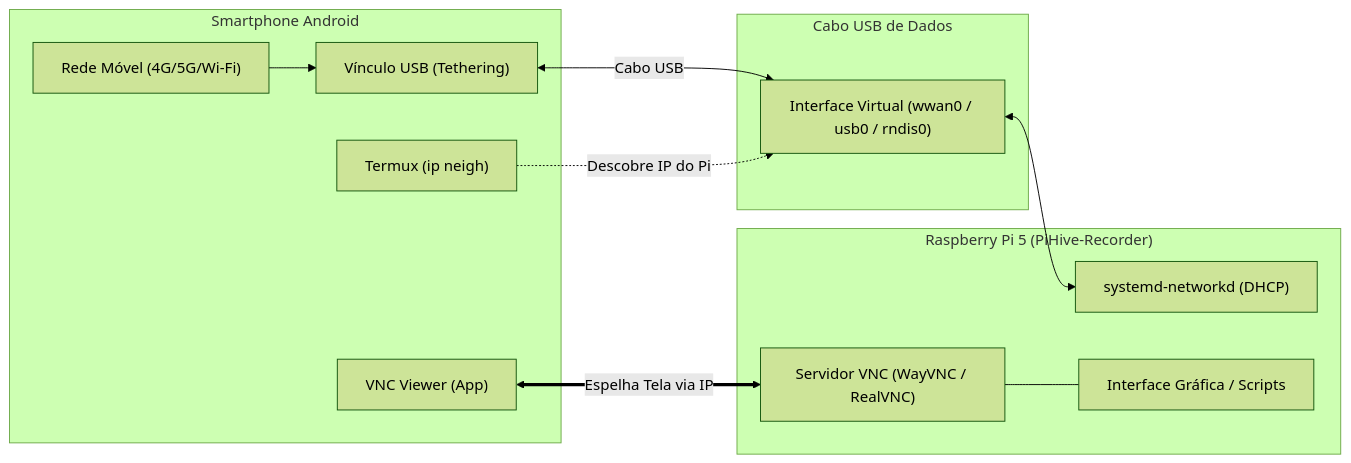
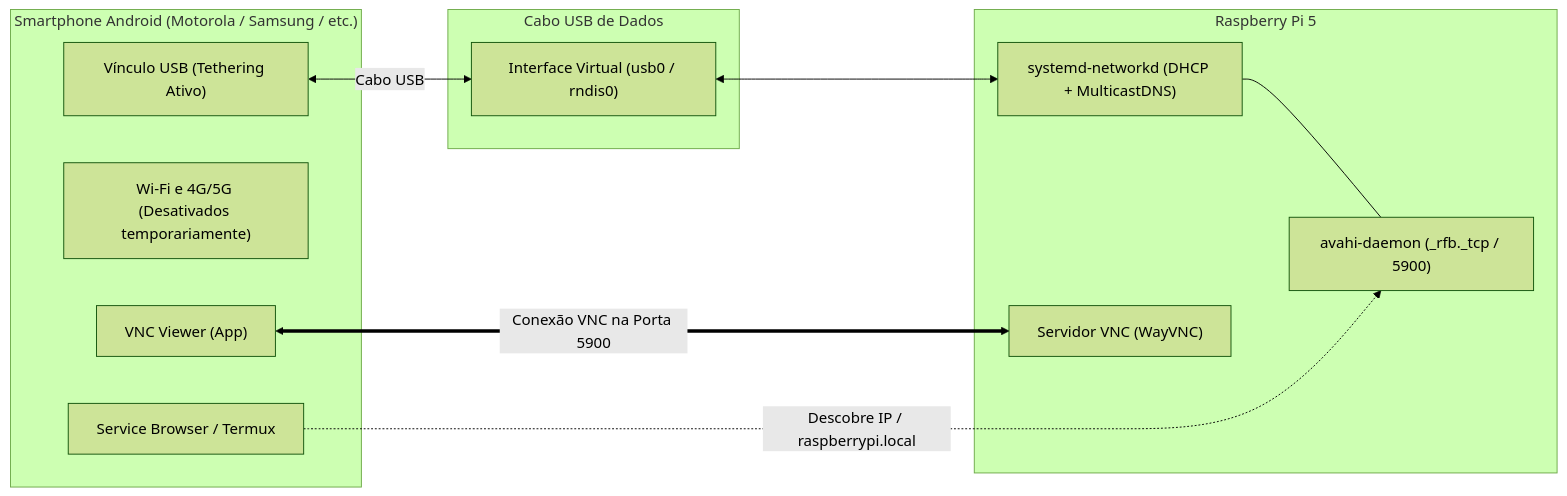
Before and after one commit to MarcosVeniciu/PiHive-Recorder: the diagram in tethering/README.md, drawn with Mermaid (forest theme). The commit also changed other lines of this file and 12 other files, not shown here.

Commit message:
docs: adiciona guia ilustrado de USB tethering e atualiza automacao de rede

````diff
--- a/tethering/README.md
+++ b/tethering/README.md
@@ -11,26 +13,25 @@
 ```mermaid
 flowchart LR
-    subgraph Celular["Smartphone Android"]
-        NET["Rede Móvel (4G/5G/Wi-Fi)"]
-        TETH["Vínculo USB (Tethering)"]
-        TERMUX["Termux (ip neigh)"]
+    subgraph Celular["Smartphone Android (Motorola / Samsung / etc.)"]
+        TETH["Vínculo USB (Tethering Ativo)"]
+        CONF["Wi-Fi e 4G/5G (Desativados temporariamente)"]
+        APPS["Service Browser / Termux"]
         VNC_APP["VNC Viewer (App)"]
     end
 
     subgraph Cabo["Cabo USB de Dados"]
-        USB_LINE["Interface Virtual (wwan0 / usb0 / rndis0)"]
+        USB_LINE["Interface Virtual (usb0 / rndis0)"]
     end
 
-    subgraph RPi["Raspberry Pi 5 (PiHive-Recorder)"]
-        NETD["systemd-networkd (DHCP)"]
-        VNC_SRV["Servidor VNC (WayVNC / RealVNC)"]
-        DESK["Interface Gráfica / Scripts"]
+    subgraph RPi["Raspberry Pi 5"]
+        NETD["systemd-networkd (DHCP + MulticastDNS)"]
+        AVAHI["avahi-daemon (_rfb._tcp / 5900)"]
+        VNC_SRV["Servidor VNC (WayVNC)"]
     end
 
-    NET --> TETH
     TETH <-->|Cabo USB| USB_LINE
     USB_LINE <--> NETD
-    TERMUX -.->|Descobre IP do Pi| USB_LINE
-    VNC_APP <==>|Espelha Tela via IP| VNC_SRV
-    VNC_SRV --- DESK
+    NETD --- AVAHI
+    APPS -.->|Descobre IP / raspberrypi.local| AVAHI
+    VNC_APP <==>|Conexão VNC na Porta 5900| VNC_SRV
 ```
````
